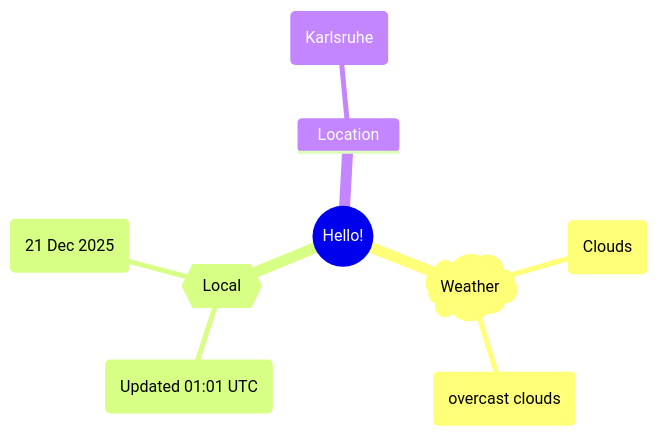
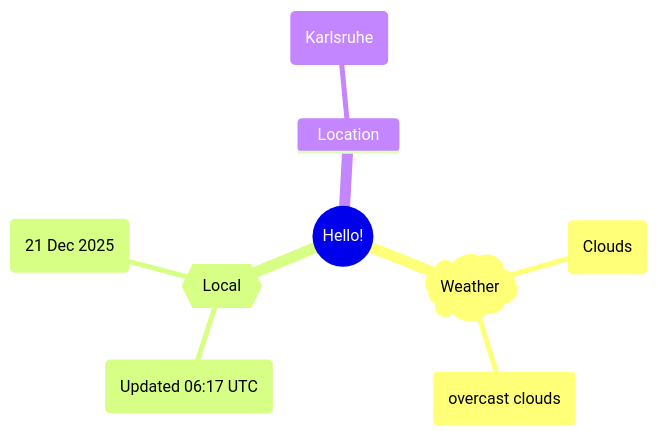
The first of 2 diagrams in README.md (Xosrov/Xosrov), drawn with Mermaid before and after one commit.

Commit message:
[bot] updated images

````diff
--- a/README.md
+++ b/README.md
@@ -3,12 +3,12 @@
 ```mermaid
 mindmap
   root((Hello!))
     )Weather(
         (Clouds)
         (overcast clouds)
     {{Local}}
-        (Updated 01:01 UTC)
+        (Updated 06:17 UTC)
         (21 Dec 2025)
     Location
         (Karlsruhe)
 ```
````
